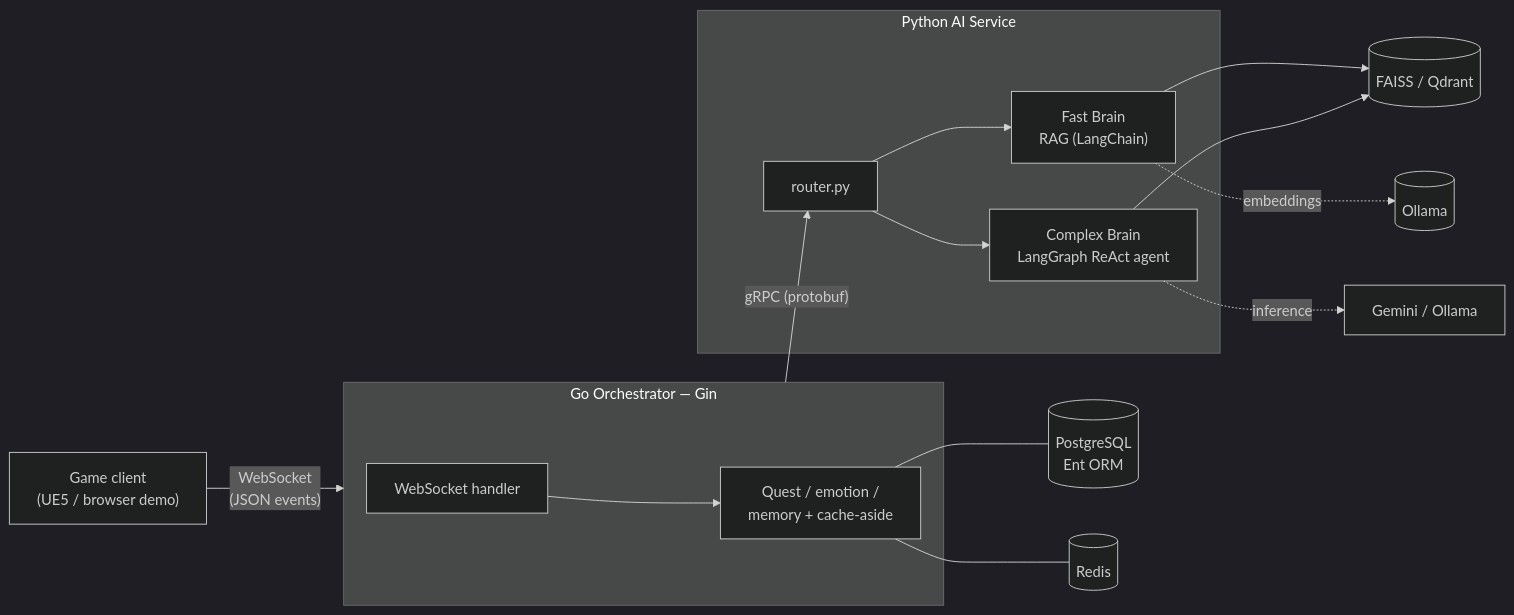
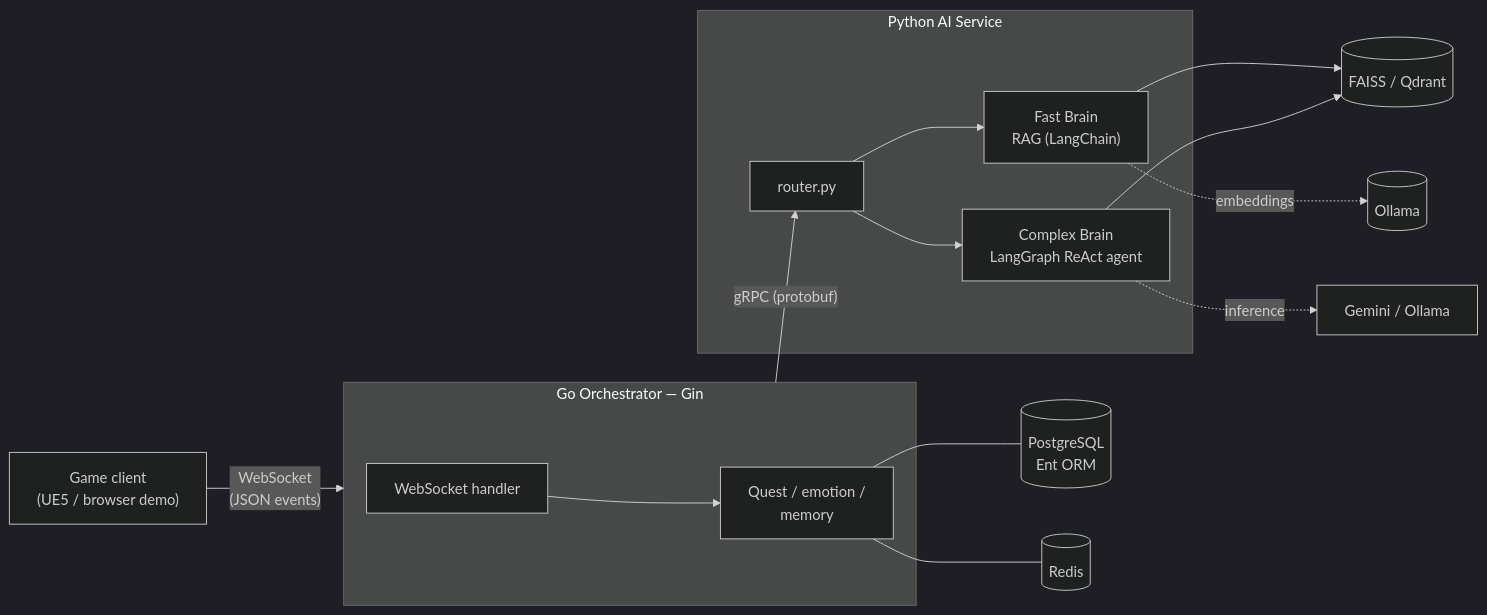
The diagram in README.md (Kprateek283/agentic-npc-project), drawn with Mermaid (dark theme) before and after one commit. The commit also changed other lines of this file and 13 other files, not shown here.

````diff
--- a/README.md
+++ b/README.md
@@ -43,22 +43,22 @@
 ```mermaid
 flowchart LR
     Client["Game client<br/>(UE5 / browser demo)"]
     Client -- "WebSocket<br/>(JSON events)" --> Go
 
     subgraph Go["Go Orchestrator — Gin"]
-        WS["WebSocket handler"] --> Logic["Quest / emotion /<br/>memory + cache-aside"]
+        WS["WebSocket handler"] --> Logic["Quest / emotion /<br/>memory"]
     end
 
     Go -- "gRPC (protobuf)" --> Router
     subgraph Py["Python AI Service"]
         Router["router.py"] --> Fast["Fast Brain<br/>RAG (LangChain)"]
         Router --> Complex["Complex Brain<br/>LangGraph ReAct agent"]
     end
 
     Logic --- PG[("PostgreSQL<br/>Ent ORM")]
     Logic --- Redis[("Redis")]
     Fast --> VS[("FAISS / Qdrant")]
     Complex --> VS
     Fast -. embeddings .-> Ollama[("Ollama")]
     Complex -. inference .-> LLM["Gemini / Ollama"]
 ```
````
